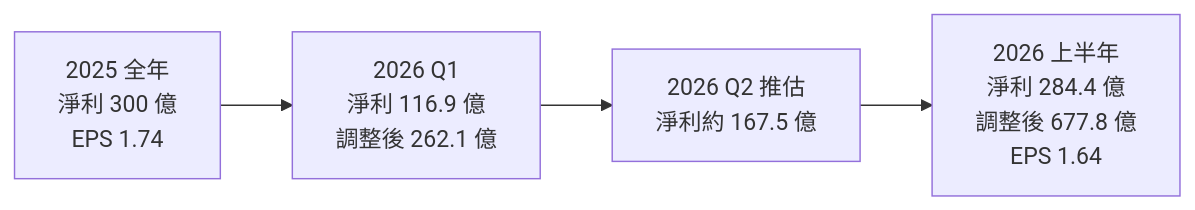
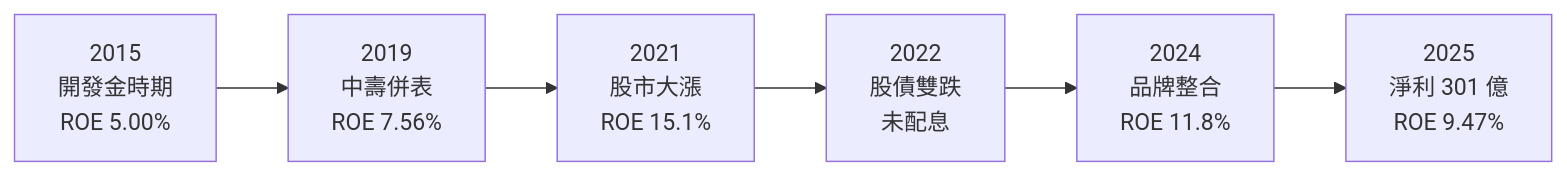
Before and after one commit to wangnick1004/taiwan-stock-vault: the third of 4 diagrams in 個股/台股/2883凱基金.md, drawn with Mermaid. The commit also changed other lines of this file and 8 other files, not shown here.

````diff
--- a/個股/台股/2883凱基金.md
+++ b/個股/台股/2883凱基金.md
@@ -135,4 +142,4 @@
 ```mermaid
 flowchart LR
-    Y["2025 全年<br/>淨利 300 億<br/>EPS 1.74"] --> Q1["2026 Q1<br/>淨利 116.9 億<br/>調整後 262.1 億"] --> Q2["2026 Q2 推估<br/>淨利約 167.5 億"] --> H1["2026 上半年<br/>淨利 284.4 億<br/>調整後 677.8 億<br/>EPS 1.64"]
+    Y15["2015<br/>開發金時期<br/>ROE 5.00%"] --> Y19["2019<br/>中壽併表<br/>ROE 7.56%"] --> Y21["2021<br/>股市大漲<br/>ROE 15.1%"] --> Y22["2022<br/>股債雙跌<br/>未配息"] --> Y24["2024<br/>品牌整合<br/>ROE 11.8%"] --> Y25["2025<br/>淨利 301 億<br/>ROE 9.47%"]
 ```
````
